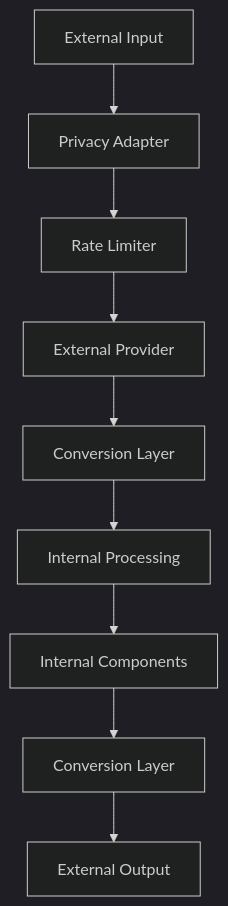
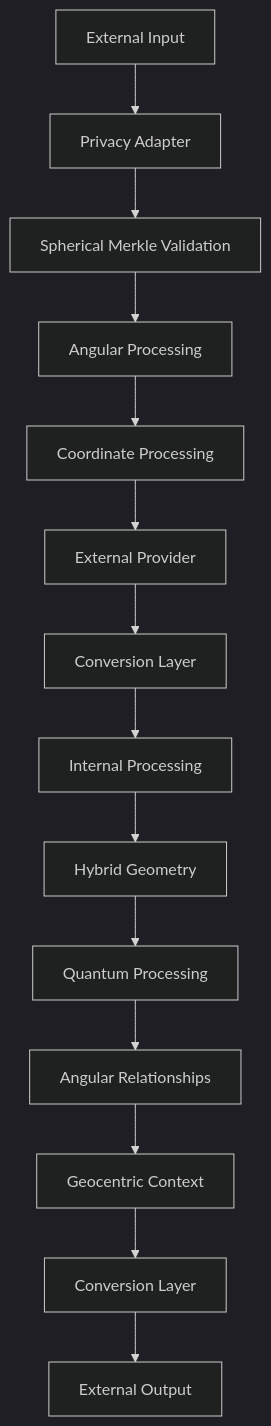
One commit to heavyblotto/memorativa changed the diagram in docs/2. the cybernetic system/memorativa-2-21-llm-integration.md. Above: the diagram before and after it, drawn with Mermaid (dark theme). The commit also changed other lines of this file and 71 other files, not shown here.

````diff
--- a/docs/2. the cybernetic system/memorativa-2-21-llm-integration.md
+++ b/docs/2. the cybernetic system/memorativa-2-21-llm-integration.md
@@ -346,12 +825,17 @@
 ```mermaid
 graph TD
     EI[External Input] --> PA[Privacy Adapter]
-    PA --> RL[Rate Limiter]
-    RL --> EP[External Provider]
+    PA --> SMV[Spherical Merkle Validation]
+    SMV --> AP[Angular Processing]
+    AP --> CP[Coordinate Processing]
+    CP --> EP[External Provider]
     EP --> CL[Conversion Layer]
     CL --> IP[Internal Processing]
     
-    IP --> IC[Internal Components]
-    IC --> CL2[Conversion Layer]
+    IP --> HG[Hybrid Geometry]
+    HG --> QP[Quantum Processing]
+    QP --> AR[Angular Relationships]
+    AR --> GC[Geocentric Context]
+    GC --> CL2[Conversion Layer]
     CL2 --> EO[External Output]
 ```
````
